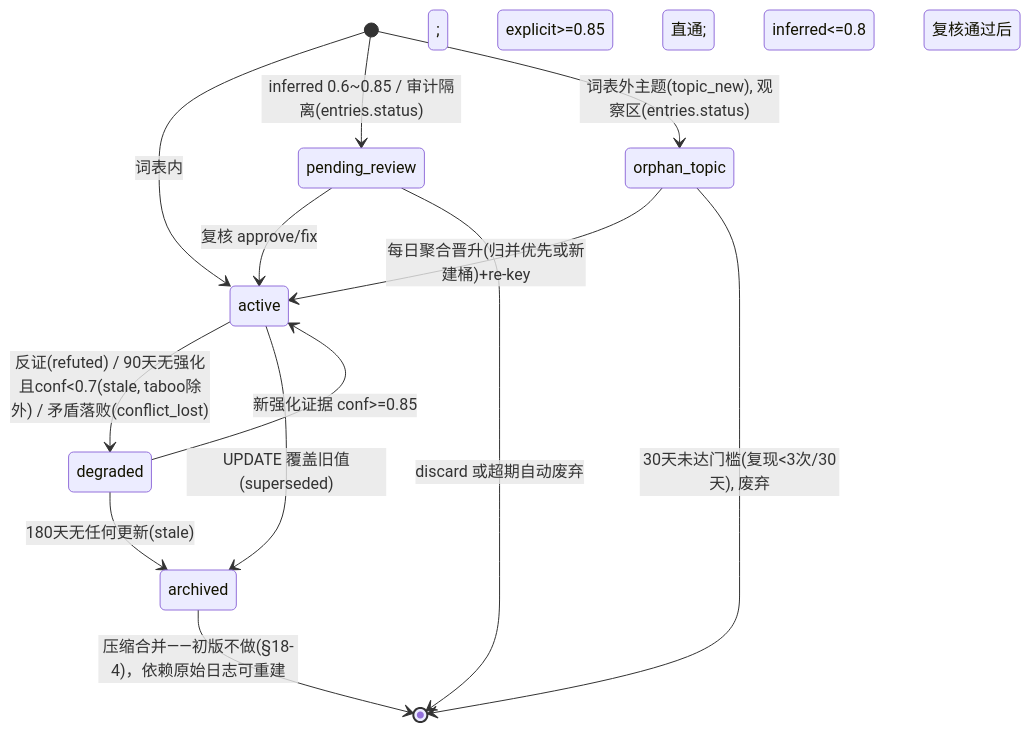
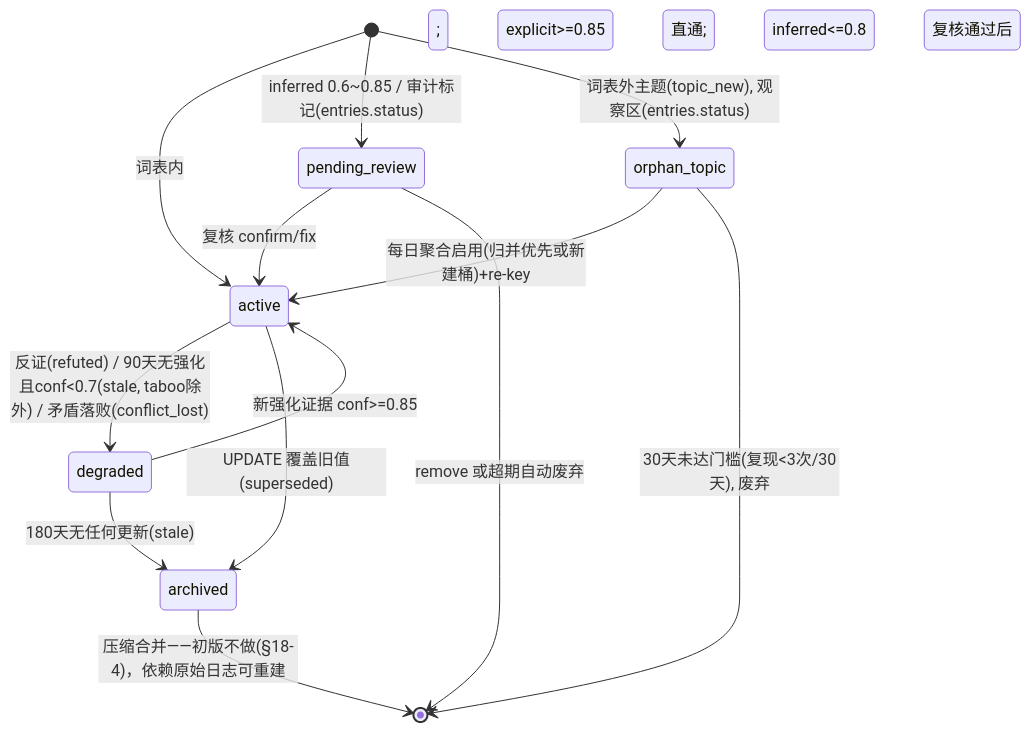
Before and after one commit to helyho/pismor: the first of 3 diagrams in docs/superpowers/specs/2026-11-23-user-profile-memory-design.md, drawn with Mermaid. The commit also changed other lines of this file and 110 other files, not shown here.

````diff
--- a/docs/superpowers/specs/2026-11-23-user-profile-memory-design.md
+++ b/docs/superpowers/specs/2026-11-23-user-profile-memory-design.md
@@ -68,15 +68,15 @@
 ```mermaid
 stateDiagram-v2
     [*] --> active: 词表内; explicit>=0.85 直通; inferred<=0.8 复核通过后
-    [*] --> pending_review: inferred 0.6~0.85 / 审计隔离(entries.status)
+    [*] --> pending_review: inferred 0.6~0.85 / 审计标记(entries.status)
     [*] --> orphan_topic: 词表外主题(topic_new), 观察区(entries.status)
-    pending_review --> active: 复核 approve/fix
-    pending_review --> [*]: discard 或超期自动废弃
-    orphan_topic --> active: 每日聚合晋升(归并优先或新建桶)+re-key
+    pending_review --> active: 复核 confirm/fix
+    pending_review --> [*]: remove 或超期自动废弃
+    orphan_topic --> active: 每日聚合启用(归并优先或新建桶)+re-key
     orphan_topic --> [*]: 30天未达门槛(复现<3次/30天), 废弃
     active --> degraded: 反证(refuted) / 90天无强化且conf<0.7(stale, taboo除外) / 矛盾落败(conflict_lost)
     degraded --> active: 新强化证据 conf>=0.85
     active --> archived: UPDATE 覆盖旧值(superseded)
     degraded --> archived: 180天无任何更新(stale)
     archived --> [*]: 压缩合并——初版不做(§18-4)，依赖原始日志可重建
 ```
````
